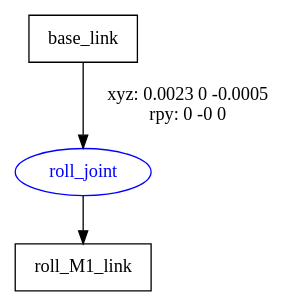
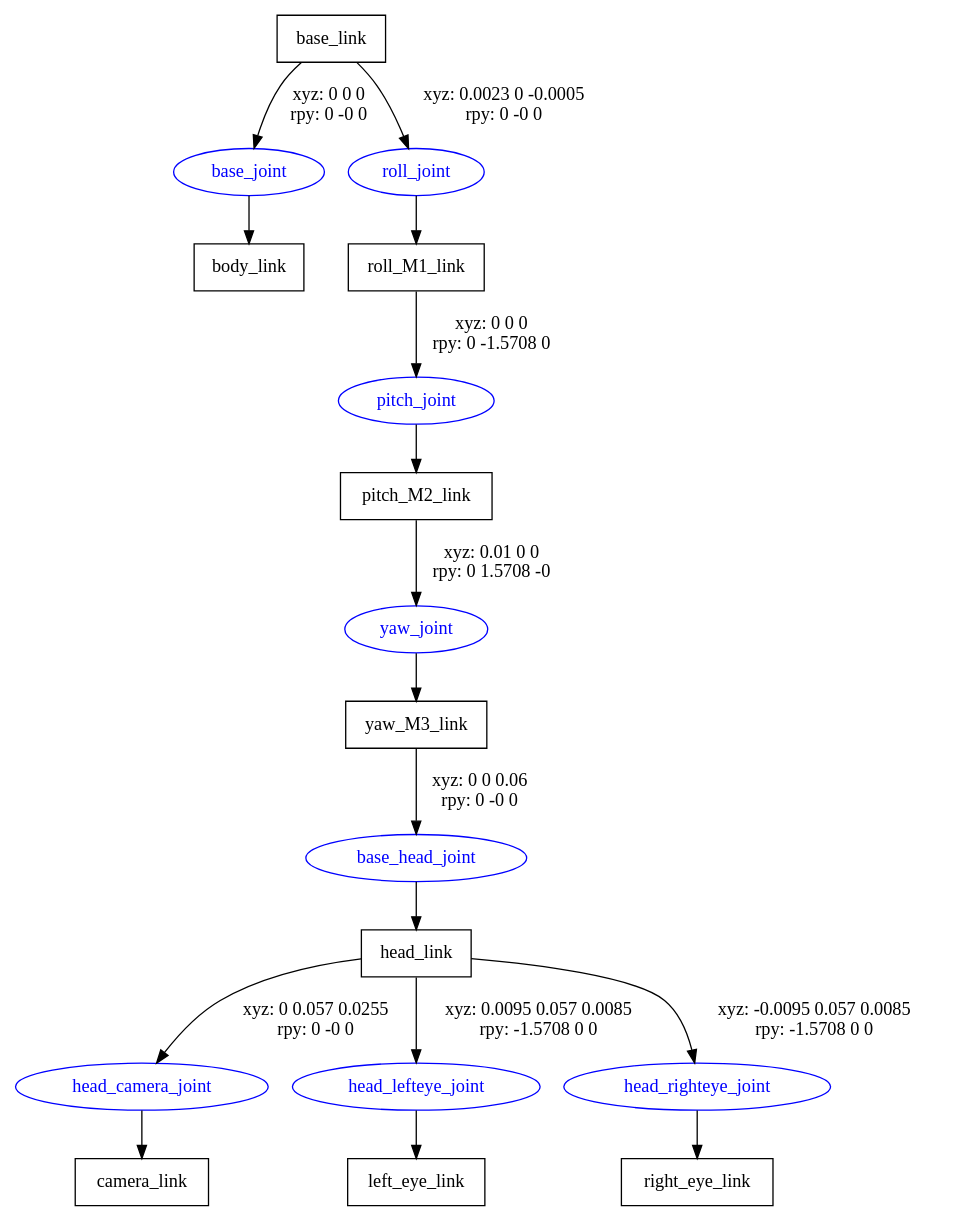
The diagram in my_mira_description/urdf/mira.gv (eugene-elk/urdf-for-robot-modeling), drawn with Graphviz before and after one commit. The commit also changed 3 other files, not shown here.

```diff
--- a/my_mira_description/urdf/mira.gv
+++ b/my_mira_description/urdf/mira.gv
@@ -1,8 +1,29 @@
 digraph G {
 node [shape=box];
 "base_link" [label="base_link"];
+"body_link" [label="body_link"];
 "roll_M1_link" [label="roll_M1_link"];
+"pitch_M2_link" [label="pitch_M2_link"];
+"yaw_M3_link" [label="yaw_M3_link"];
+"head_link" [label="head_link"];
+"camera_link" [label="camera_link"];
+"left_eye_link" [label="left_eye_link"];
+"right_eye_link" [label="right_eye_link"];
 node [shape=ellipse, color=blue, fontcolor=blue];
+"base_link" -> "base_joint" [label="xyz: 0 0 0 \nrpy: 0 -0 0"]
+"base_joint" -> "body_link"
 "base_link" -> "roll_joint" [label="xyz: 0.0023 0 -0.0005 \nrpy: 0 -0 0"]
 "roll_joint" -> "roll_M1_link"
+"roll_M1_link" -> "pitch_joint" [label="xyz: 0 0 0 \nrpy: 0 -1.5708 0"]
+"pitch_joint" -> "pitch_M2_link"
+"pitch_M2_link" -> "yaw_joint" [label="xyz: 0.01 0 0 \nrpy: 0 1.5708 -0"]
+"yaw_joint" -> "yaw_M3_link"
+"yaw_M3_link" -> "base_head_joint" [label="xyz: 0 0 0.06 \nrpy: 0 -0 0"]
+"base_head_joint" -> "head_link"
+"head_link" -> "head_camera_joint" [label="xyz: 0 0.057 0.0255 \nrpy: 0 -0 0"]
+"head_camera_joint" -> "camera_link"
+"head_link" -> "head_lefteye_joint" [label="xyz: 0.0095 0.057 0.0085 \nrpy: -1.5708 0 0"]
+"head_lefteye_joint" -> "left_eye_link"
+"head_link" -> "head_righteye_joint" [label="xyz: -0.0095 0.057 0.0085 \nrpy: -1.5708 0 0"]
+"head_righteye_joint" -> "right_eye_link"
 }
```
